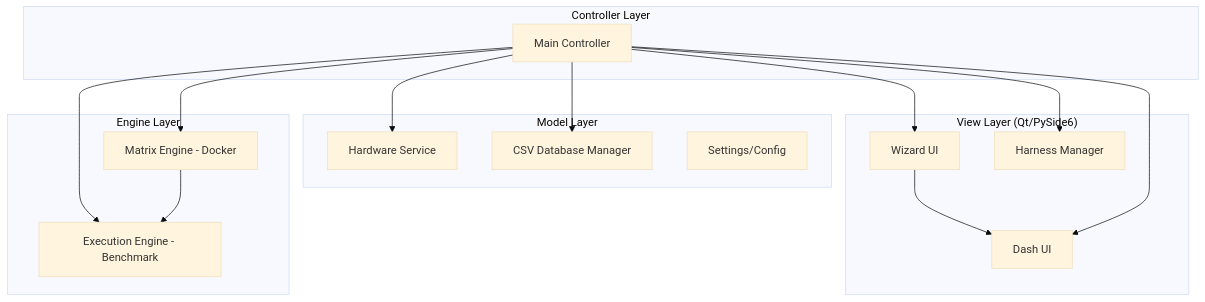
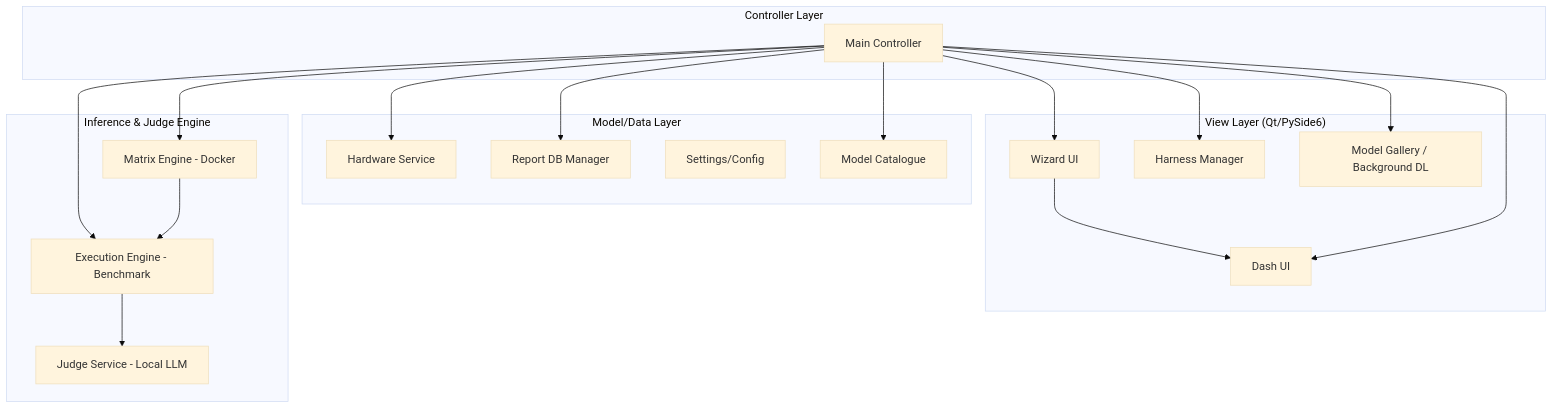
One commit to uno-km/AMEVA-Benchmark-Suite changed the diagram in README.md. Above: the diagram before and after it, drawn with Mermaid (base theme). The commit also changed other lines of this file, not shown here.

````diff
--- a/README.md
+++ b/README.md
@@ -37,27 +39,31 @@
 ```mermaid
 graph TD
     subgraph "View Layer (Qt/PySide6)"
         W[Wizard UI] --> D[Dash UI]
         H[Harness Manager]
+        MG[Model Gallery / Background DL]
     end
 
     subgraph "Controller Layer"
         MC[Main Controller]
     end
 
-    subgraph "Model Layer"
+    subgraph "Model/Data Layer"
         HW[Hardware Service]
-        DB[CSV Database Manager]
+        DB[Report DB Manager]
         ST[Settings/Config]
+        MC_CAT[Model Catalogue]
     end
 
-    subgraph "Engine Layer"
+    subgraph "Inference & Judge Engine"
         ME[Matrix Engine - Docker]
         EE[Execution Engine - Benchmark]
+        JS[Judge Service - Local LLM]
     end
 
-    MC --> W & D & H
-    MC --> HW & DB
+    MC --> W & D & H & MG
+    MC --> HW & DB & MC_CAT
     MC --> ME & EE
+    EE --> JS
     ME --> EE
 ```
````
